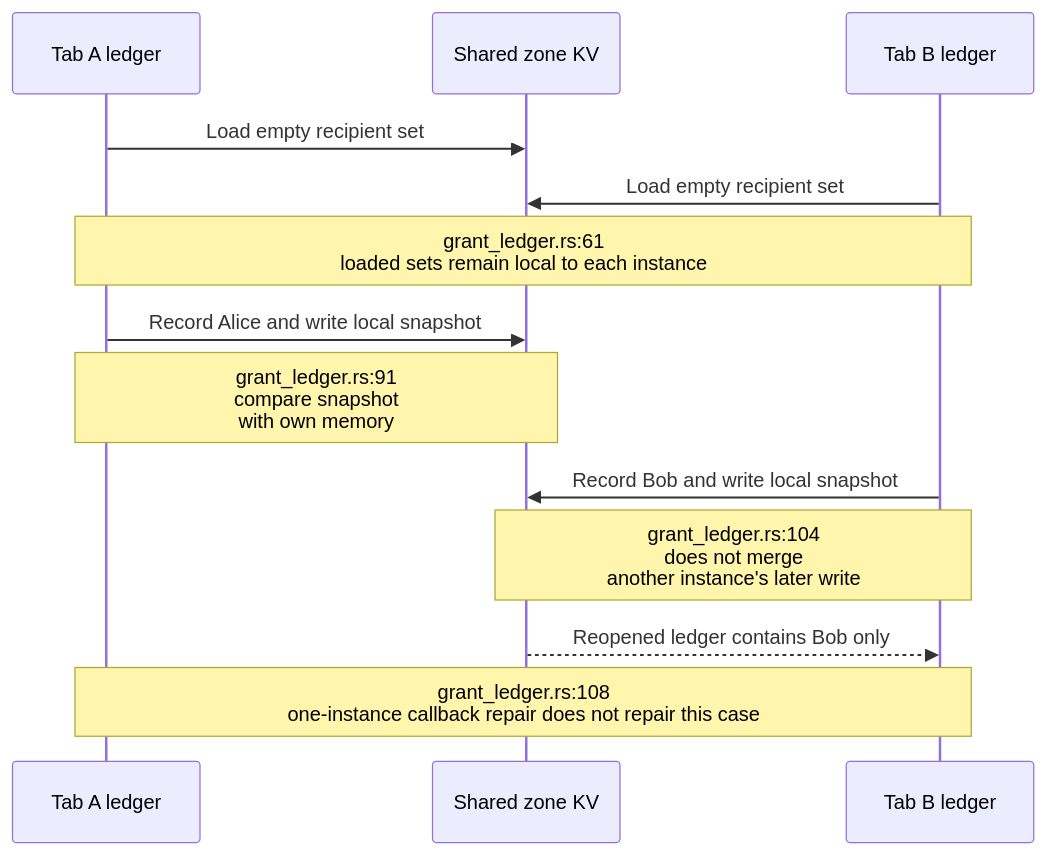
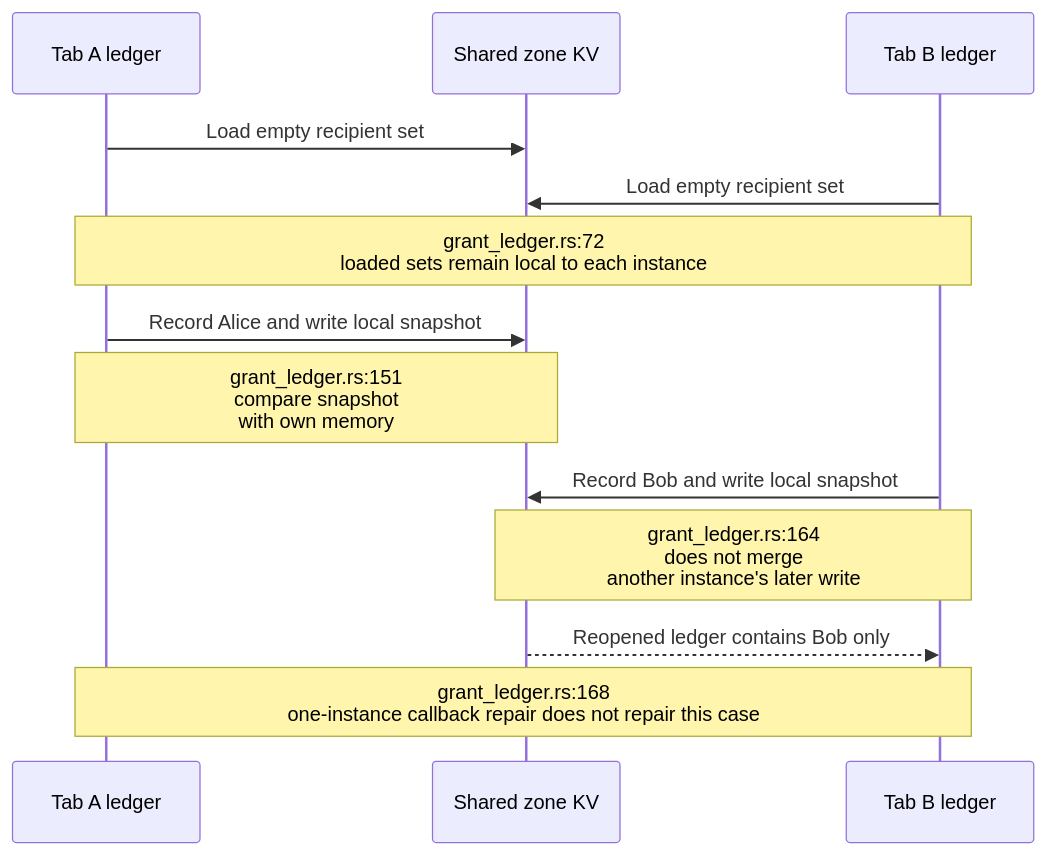
One commit to DreamLab-AI/VisionFlow changed the third of 5 diagrams in docs/diagrams/nostr-rust-forum/27-zone-key-distribution-and-recovery.md. Above: the diagram before and after it, drawn with Mermaid. The commit also changed other lines of this file and 59 other files, not shown here.

First line of the commit message:
docs(diagrams): re-derive and re-stamp forum, website, pod, ontomark and sealmap topics

````diff
--- a/docs/diagrams/nostr-rust-forum/27-zone-key-distribution-and-recovery.md
+++ b/docs/diagrams/nostr-rust-forum/27-zone-key-distribution-and-recovery.md
@@ -74,15 +74,15 @@
 ```mermaid
 sequenceDiagram
     participant A as Tab A ledger
     participant K as Shared zone KV
     participant B as Tab B ledger
     A->>K: Load empty recipient set
     B->>K: Load empty recipient set
-    Note over A,B: grant_ledger.rs:61<br/>loaded sets remain local to each instance
+    Note over A,B: grant_ledger.rs:72<br/>loaded sets remain local to each instance
     A->>K: Record Alice and write local snapshot
-    Note over A,K: grant_ledger.rs:91<br/>compare snapshot<br/>with own memory
+    Note over A,K: grant_ledger.rs:151<br/>compare snapshot<br/>with own memory
     B->>K: Record Bob and write local snapshot
-    Note over K,B: grant_ledger.rs:104<br/>does not merge<br/>another instance's later write
+    Note over K,B: grant_ledger.rs:164<br/>does not merge<br/>another instance's later write
     K-->>B: Reopened ledger contains Bob only
-    Note over A,B: grant_ledger.rs:108<br/>one-instance callback repair does not repair this case
+    Note over A,B: grant_ledger.rs:168<br/>one-instance callback repair does not repair this case
 ```
````
